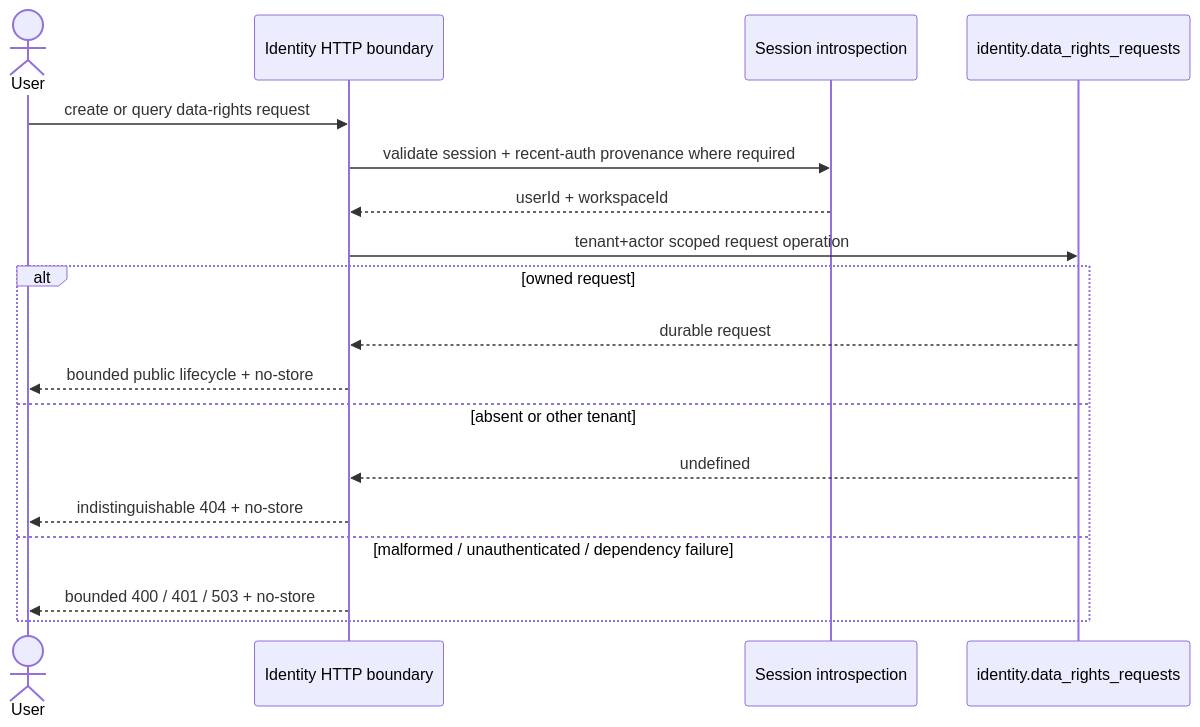
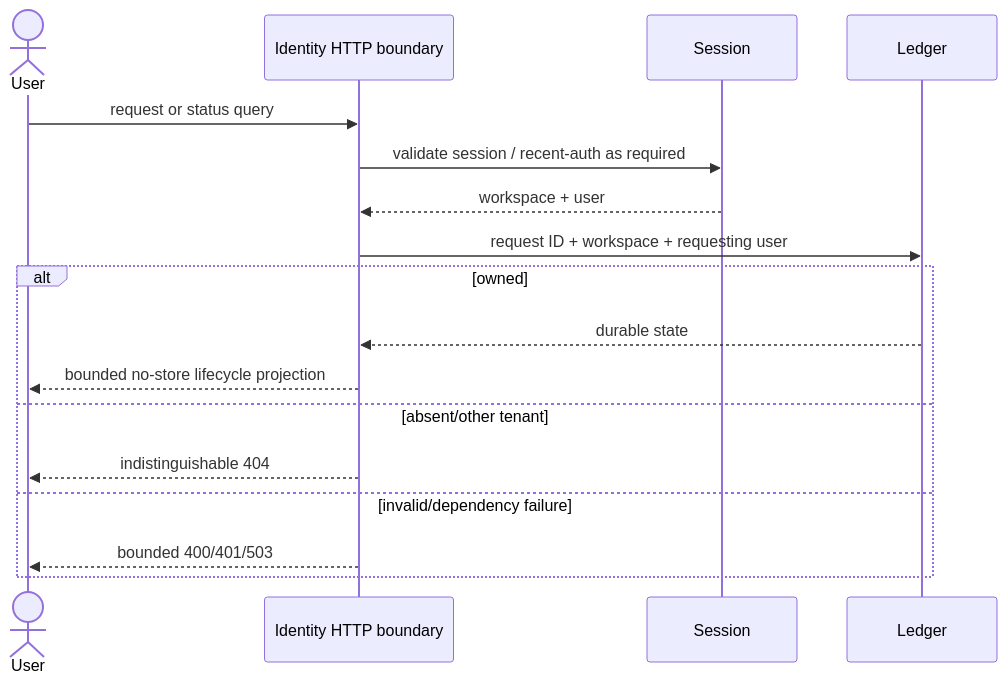
One commit to ContextualWisdomLab/life-os changed the ninth of 14 diagrams in docs/UML.md. Above: the diagram before and after it, drawn with Mermaid. The commit also changed other lines of this file, not shown here.

Commit message:
docs(uml): reconcile current integration and verification flows

````diff
--- a/docs/UML.md
+++ b/docs/UML.md
@@ -169,21 +161,19 @@
 ```mermaid
 sequenceDiagram
     actor User
-    participant Identity as Identity HTTP boundary
-    participant Session as Session introspection
-    participant Ledger as identity.data_rights_requests
-
-    User->>Identity: create or query data-rights request
-    Identity->>Session: validate session + recent-auth provenance where required
-    Session-->>Identity: userId + workspaceId
-    Identity->>Ledger: tenant+actor scoped request operation
-    alt owned request
-        Ledger-->>Identity: durable request
-        Identity-->>User: bounded public lifecycle + no-store
-    else absent or other tenant
-        Ledger-->>Identity: undefined
-        Identity-->>User: indistinguishable 404 + no-store
-    else malformed / unauthenticated / dependency failure
-        Identity-->>User: bounded 400 / 401 / 503 + no-store
+    participant Boundary as Identity HTTP boundary
+    participant Session
+    participant Ledger
+    User->>Boundary: request or status query
+    Boundary->>Session: validate session / recent-auth as required
+    Session-->>Boundary: workspace + user
+    Boundary->>Ledger: request ID + workspace + requesting user
+    alt owned
+      Ledger-->>Boundary: durable state
+      Boundary-->>User: bounded no-store lifecycle projection
+    else absent/other tenant
+      Boundary-->>User: indistinguishable 404
+    else invalid/dependency failure
+      Boundary-->>User: bounded 400/401/503
     end
 ```
````
